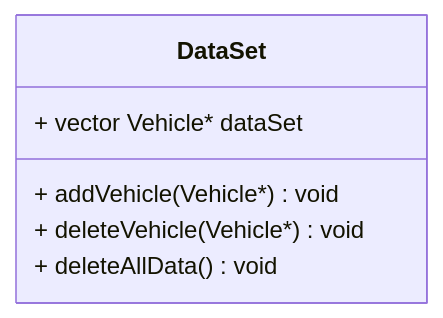
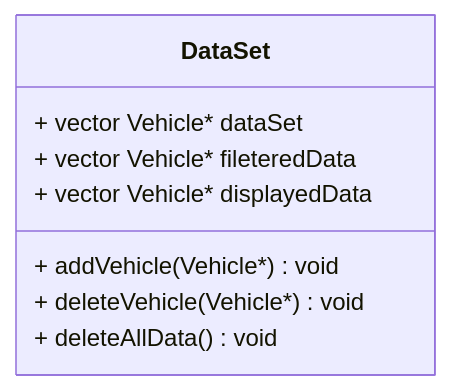
The second of 7 diagrams in FinalProject/Readme.md (asamaranch78/swatcplusplus25Q4), drawn with Mermaid before and after one commit. The commit also changed other lines of this file, not shown here.

````diff
--- a/FinalProject/Readme.md
+++ b/FinalProject/Readme.md
@@ -123,9 +123,11 @@
 ```mermaid
 classDiagram
 class DataSet {
     + vector Vehicle* dataSet
+    + vector Vehicle* fileteredData
+    + vector Vehicle* displayedData
     + addVehicle(Vehicle*) void
     + deleteVehicle(Vehicle*) void
     + deleteAllData() void
 }
 ```
````
